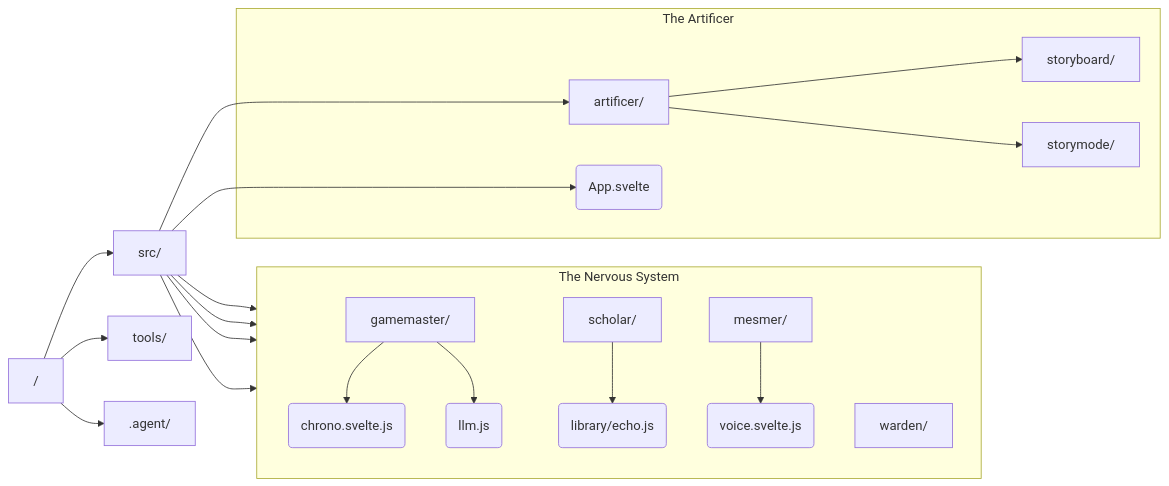
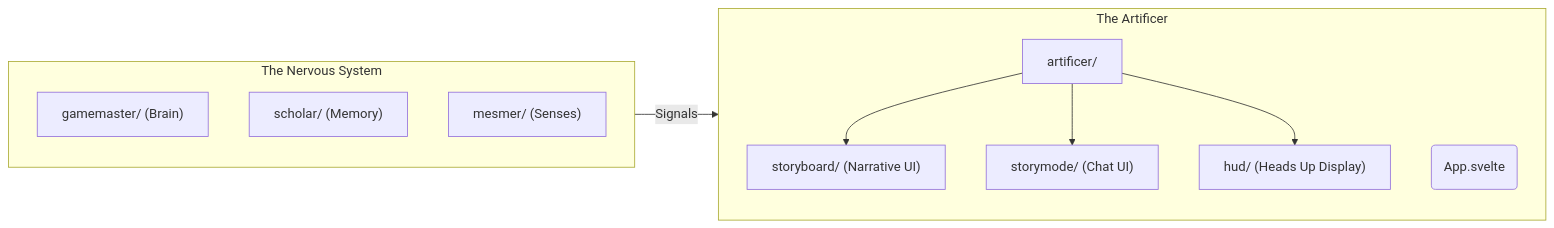
One commit to JooduG/RPGlitch changed the diagram in .agent/skills/artificer/SKILL.md. Above: the diagram before and after it, drawn with Mermaid. The commit also changed other lines of this file and 52 other files, not shown here.

````diff
--- a/.agent/skills/artificer/SKILL.md
+++ b/.agent/skills/artificer/SKILL.md
@@ -33,28 +24,19 @@
 ```mermaid
 graph LR
-    ROOT["/"] --> SRC["src/"]
-    ROOT --> TOOLS["tools/"]
-    ROOT --> AGENT[".agent/"]
-
-    subgraph CORE [The Nervous System]
+    subgraph NERVOUS_SYSTEM [The Nervous System]
         direction TB
-        GM["gamemaster/"] --> CHRONO("chrono.svelte.js")
-        GM --> LLM("llm.js")
-        SCH["scholar/"] --> ECHO("library/echo.js")
-        MES["mesmer/"] --> VOICE("voice.svelte.js")
-        WAR["warden/"]
+        GM["gamemaster/ (Brain)"]
+        SCH["scholar/ (Memory)"]
+        MES["mesmer/ (Senses)"]
     end
 
     subgraph BODY [The Artificer]
-        ART["artificer/"] --> SB["storyboard/"]
-        ART --> SM["storymode/"]
+        ART["artificer/"] --> SB["storyboard/ (Narrative UI)"]
+        ART --> SM["storymode/ (Chat UI)"]
+        ART --> HUD["hud/ (Heads Up Display)"]
         APP("App.svelte")
     end
 
-    SRC --> GM
-    SRC --> SCH
-    SRC --> MES
-    SRC --> WAR
-    SRC --> ART
-    SRC --> APP
+    NERVOUS_SYSTEM -->|Signals| BODY
+
 ```
````
